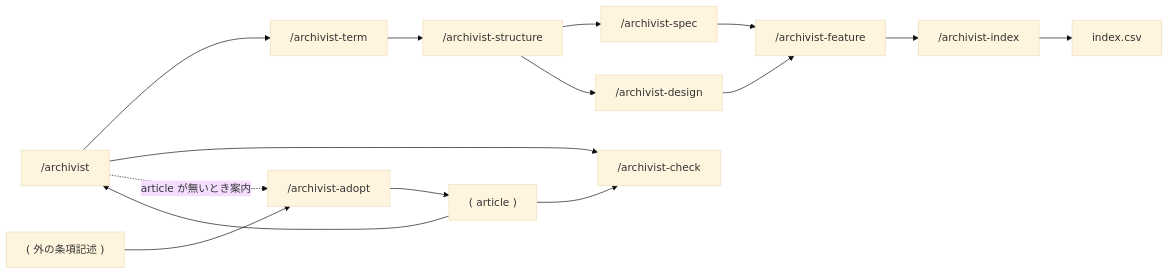
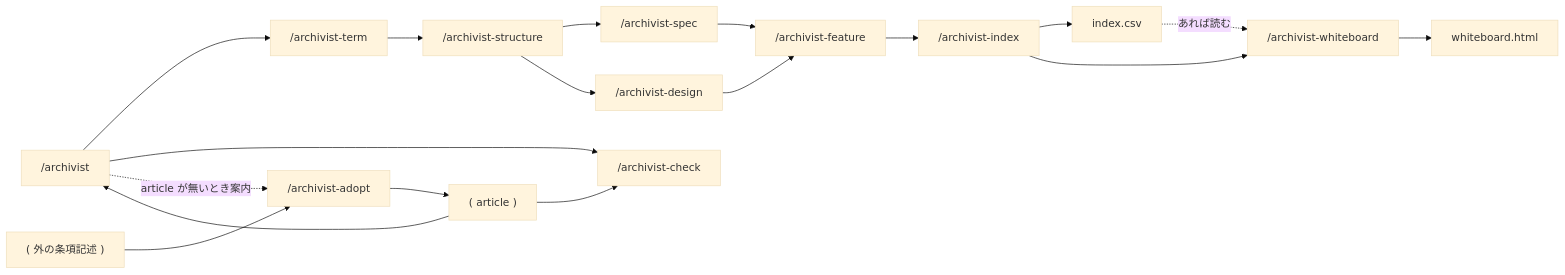
One commit to gameundwatch/archivist changed the first of 2 diagrams in docs/archivist/L3_structures/skill-composition.md. Above: the diagram before and after it, drawn with Mermaid (base theme). The commit also changed other lines of this file and 10 other files, not shown here.

````diff
--- a/docs/archivist/L3_structures/skill-composition.md
+++ b/docs/archivist/L3_structures/skill-composition.md
@@ -7,13 +7,15 @@
 ```mermaid
 flowchart LR
     A["/archivist"]
     A --> T["/archivist-term"] --> S["/archivist-structure"]
     S --> SP["/archivist-spec"] --> F["/archivist-feature"]
     S --> D["/archivist-design"] --> F
     A --> C["/archivist-check"]
     F --> IX["/archivist-index"] --> CSV["index.csv"]
+    IX --> WB["/archivist-whiteboard"] --> HTML["whiteboard.html"]
+    CSV -.あれば読む.-> WB
     DEC["( article )"] --> C
     EXT["( 外の条項記述 )"] --> AD["/archivist-adopt"] --> DEC
     DEC --> A
     A -.article が無いとき案内.-> AD
 ```
````
